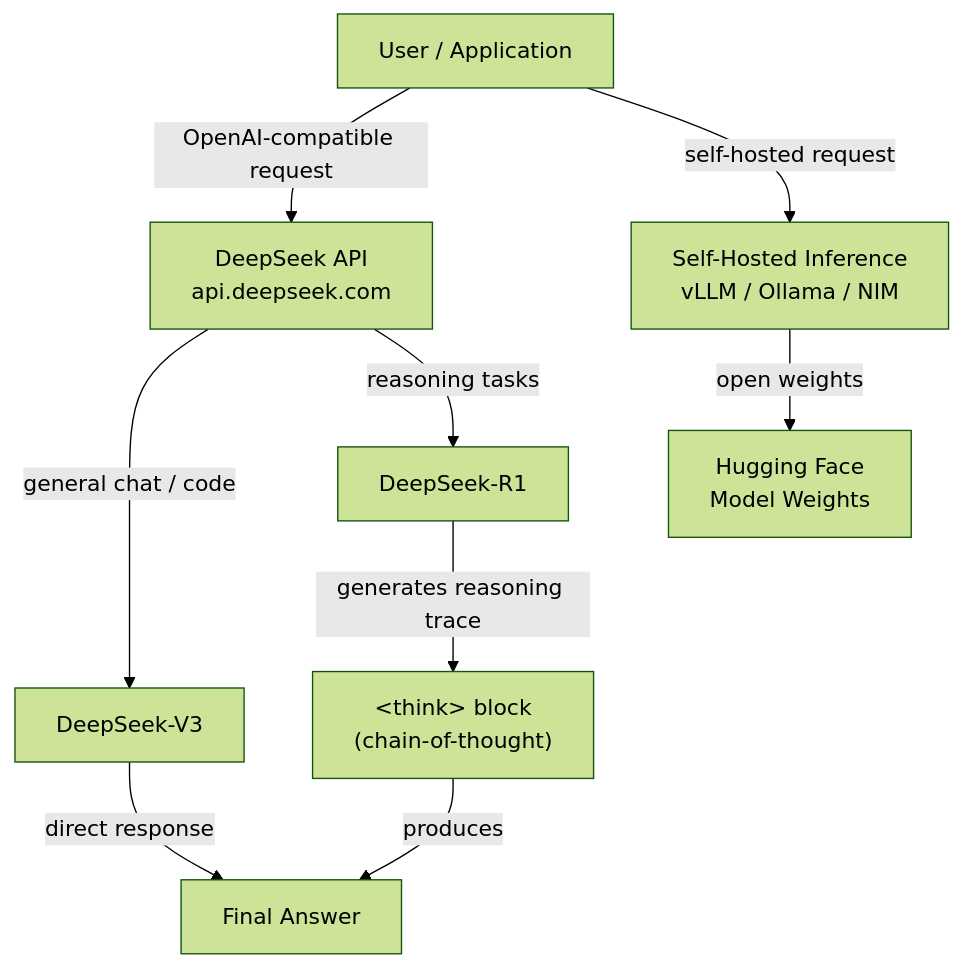
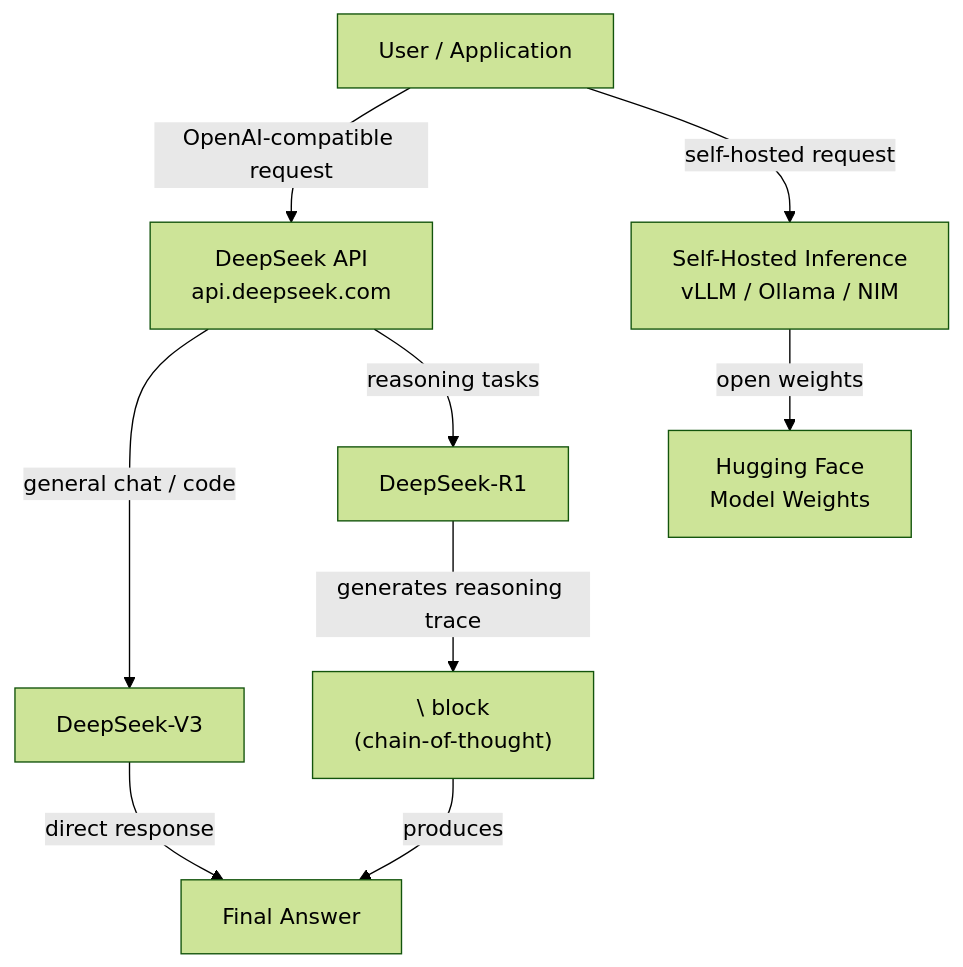
The diagram in i18n/de/docusaurus-plugin-content-docs/current/model-providers/deepseek.md (EmersonBraun/ai-summary-hub), drawn with Mermaid (forest theme) before and after one commit. The commit also changed other lines of this file and 178 other files, not shown here.

````diff
--- a/i18n/de/docusaurus-plugin-content-docs/current/model-providers/deepseek.md
+++ b/i18n/de/docusaurus-plugin-content-docs/current/model-providers/deepseek.md
@@ -35,13 +37,13 @@
 ```mermaid
 flowchart TD
   U[User / Application] -->|OpenAI-compatible request| API[DeepSeek API\napi.deepseek.com]
   U -->|self-hosted request| SH[Self-Hosted Inference\nvLLM / Ollama / NIM]
 
   API -->|general chat / code| V3[DeepSeek-V3]
   API -->|reasoning tasks| R1[DeepSeek-R1]
   SH -->|open weights| HF[Hugging Face\nModel Weights]
 
-  R1 -->|generates reasoning trace| THINK["&lt;think&gt; block\n(chain-of-thought)"]
+  R1 -->|generates reasoning trace| THINK["\<think\> block\n(chain-of-thought)"]
   THINK -->|produces| ANS[Final Answer]
   V3 -->|direct response| ANS
 ```
````
